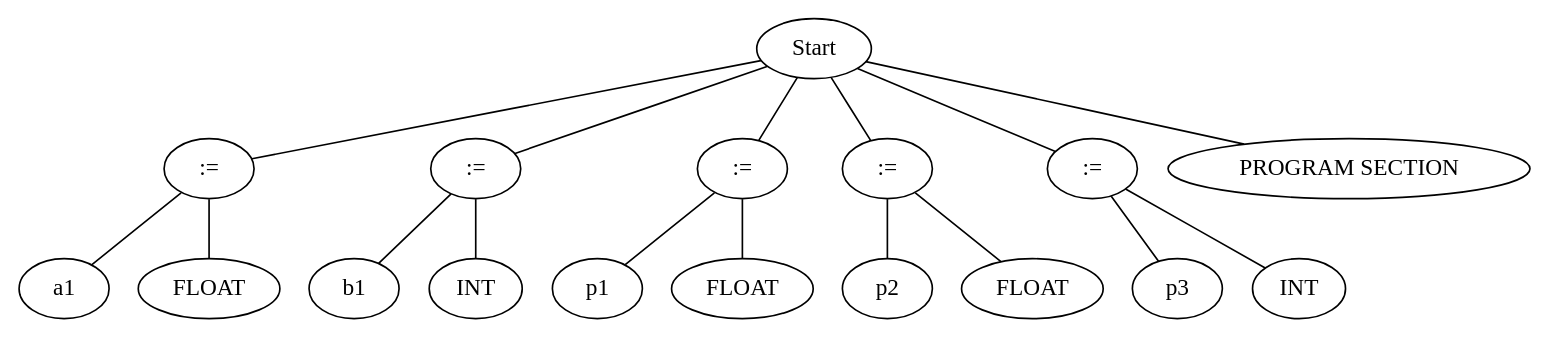
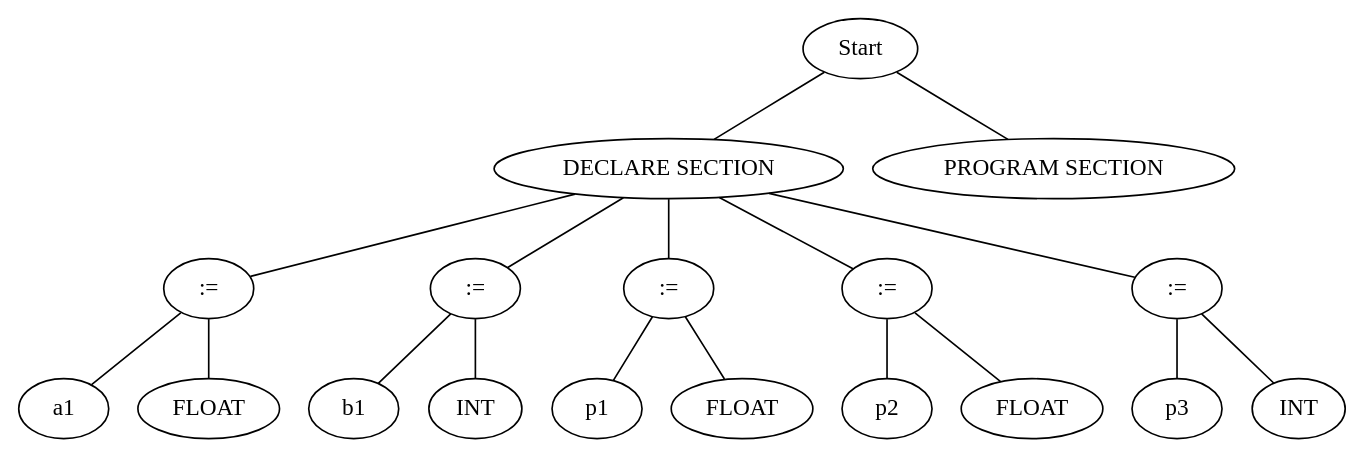
Before and after one commit to pitta1881/TEO1-Lexico: the diagram in arbol.dot, drawn with Graphviz. The commit also changed 5 other files, not shown here.

Commit message:
added node DECLARE SECTION

```diff
--- a/arbol.dot
+++ b/arbol.dot
@@ -1,34 +1,36 @@
 graph G {node_start [label="Start"]
-nodo_1637910226 [label=":="]
-node_start -- nodo_1637910226
-nodo_2108986790 [label="a1"]
-nodo_1637910226 -- nodo_2108986790
-nodo_598402204 [label="FLOAT"]
-nodo_1637910226 -- nodo_598402204
-nodo_1668714856 [label=":="]
-node_start -- nodo_1668714856
-nodo_100994498 [label="b1"]
-nodo_1668714856 -- nodo_100994498
-nodo_1606791425 [label="INT"]
-nodo_1668714856 -- nodo_1606791425
-nodo_725557345 [label=":="]
-node_start -- nodo_725557345
-nodo_2090146239 [label="p1"]
-nodo_725557345 -- nodo_2090146239
-nodo_1389392114 [label="FLOAT"]
-nodo_725557345 -- nodo_1389392114
-nodo_544185872 [label=":="]
-node_start -- nodo_544185872
-nodo_1912704596 [label="p2"]
-nodo_544185872 -- nodo_1912704596
-nodo_638400842 [label="FLOAT"]
-nodo_544185872 -- nodo_638400842
-nodo_1997245081 [label=":="]
-node_start -- nodo_1997245081
-nodo_734528886 [label="p3"]
-nodo_1997245081 -- nodo_734528886
-nodo_1438997877 [label="INT"]
-nodo_1997245081 -- nodo_1438997877
-nodo_441317870 [label="PROGRAM SECTION"]
-node_start -- nodo_441317870
+nodo_1077807561 [label="DECLARE SECTION"]
+node_start -- nodo_1077807561
+nodo_93112520 [label=":="]
+nodo_1077807561 -- nodo_93112520
+nodo_934205343 [label="a1"]
+nodo_93112520 -- nodo_934205343
+nodo_424817526 [label="FLOAT"]
+nodo_93112520 -- nodo_424817526
+nodo_115579237 [label=":="]
+nodo_1077807561 -- nodo_115579237
+nodo_1699404793 [label="b1"]
+nodo_115579237 -- nodo_1699404793
+nodo_614066912 [label="INT"]
+nodo_115579237 -- nodo_614066912
+nodo_744010886 [label=":="]
+nodo_1077807561 -- nodo_744010886
+nodo_912931033 [label="p1"]
+nodo_744010886 -- nodo_912931033
+nodo_97298686 [label="FLOAT"]
+nodo_744010886 -- nodo_97298686
+nodo_1852415053 [label=":="]
+nodo_1077807561 -- nodo_1852415053
+nodo_134019458 [label="p2"]
+nodo_1852415053 -- nodo_134019458
+nodo_1622652244 [label="FLOAT"]
+nodo_1852415053 -- nodo_1622652244
+nodo_14445284 [label=":="]
+nodo_1077807561 -- nodo_14445284
+nodo_586483014 [label="p3"]
+nodo_14445284 -- nodo_586483014
+nodo_1118165107 [label="INT"]
+nodo_14445284 -- nodo_1118165107
+nodo_526768230 [label="PROGRAM SECTION"]
+node_start -- nodo_526768230
 }
```
